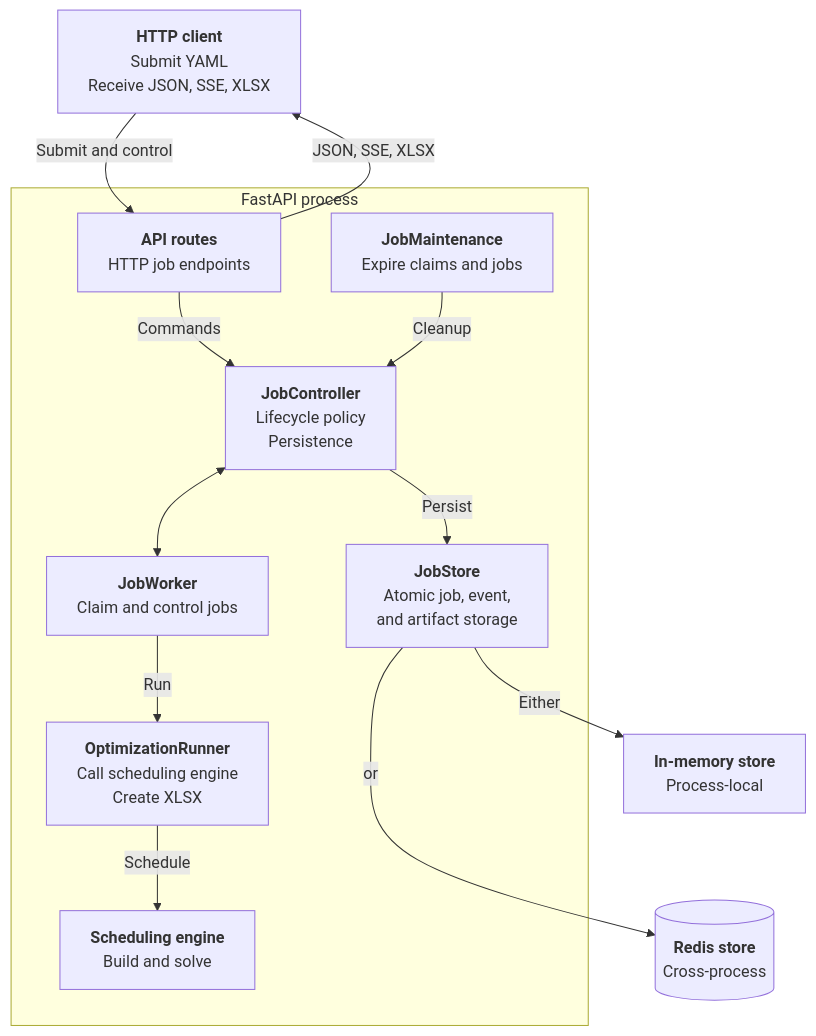
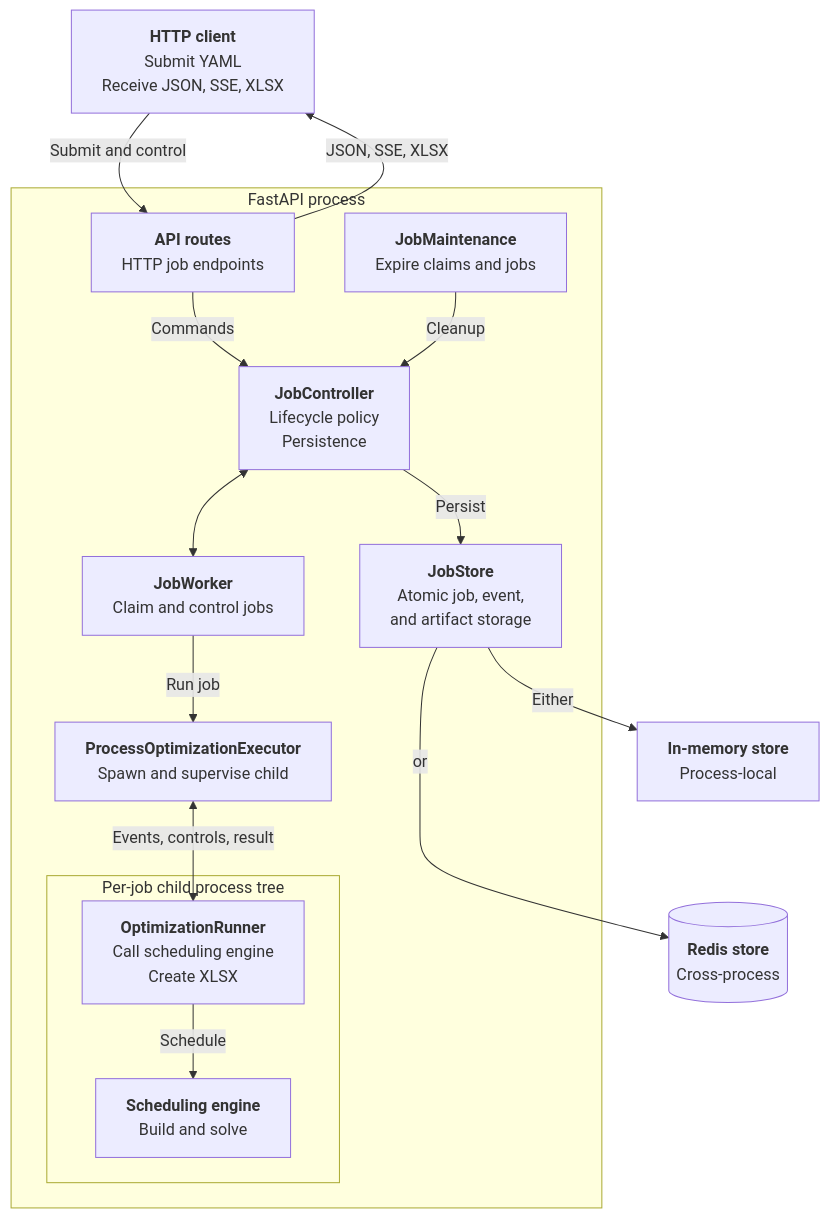
One commit to j3soon/nurse-scheduling changed the first of 2 diagrams in docs/backend-server.md. Above: the diagram before and after it, drawn with Mermaid. The commit also changed other lines of this file and 13 other files, not shown here.

First line of the commit message:
feat(core/serve): Add process executor to enable forced timeout/cancellation

````diff
--- a/docs/backend-server.md
+++ b/docs/backend-server.md
@@ -34,29 +34,34 @@
 ```mermaid
 flowchart TB
     Client[<b>HTTP client</b><br/>Submit YAML<br/>Receive JSON, SSE, XLSX]
 
     subgraph Process[FastAPI process]
         API[<b>API routes</b><br/>HTTP job endpoints]
         Controller[<b>JobController</b><br/>Lifecycle policy<br/>Persistence]
         Worker[<b>JobWorker</b><br/>Claim and control jobs]
-        Runner[<b>OptimizationRunner</b><br/>Call scheduling engine<br/>Create XLSX]
-        Engine[<b>Scheduling engine</b><br/>Build and solve]
+        Executor[<b>ProcessOptimizationExecutor</b><br/>Spawn and supervise child]
         Store[<b>JobStore</b><br/>Atomic job, event,<br/>and artifact storage]
         Maintenance[<b>JobMaintenance</b><br/>Expire claims and jobs]
+
+        subgraph Child[Per-job child process tree]
+            Runner[<b>OptimizationRunner</b><br/>Call scheduling engine<br/>Create XLSX]
+            Engine[<b>Scheduling engine</b><br/>Build and solve]
+        end
     end
 
     Memory[<b>In-memory store</b><br/>Process-local]
     Redis[(<b>Redis store</b><br/>Cross-process)]
 
     Client -->|Submit and control| API
     API -->|JSON, SSE, XLSX| Client
     API -->|Commands| Controller
     Controller <--> Worker
-    Worker -->|Run| Runner
+    Worker -->|Run job| Executor
+    Executor <-->|Events, controls, result| Runner
     Runner -->|Schedule| Engine
     Controller -->|Persist| Store
     Maintenance -->|Cleanup| Controller
     Store -->|Either| Memory
     Store -->|or| Redis
     Memory ~~~ Redis
 ```
````
